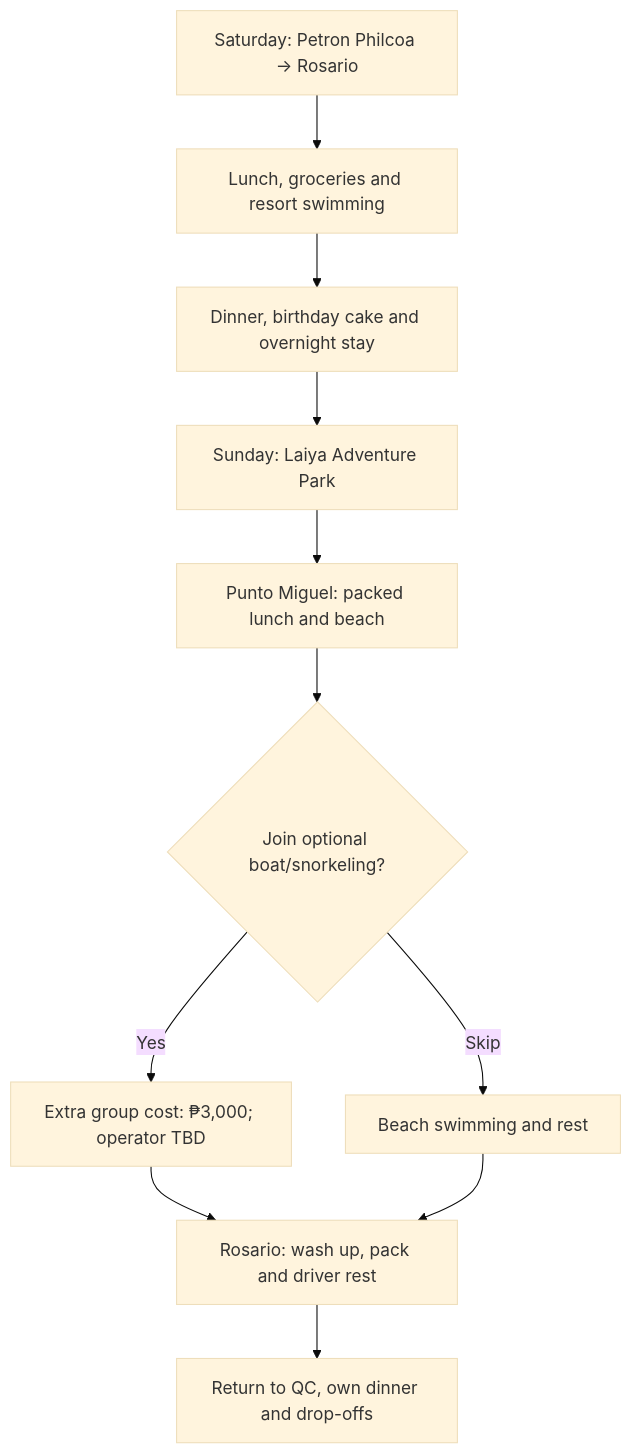
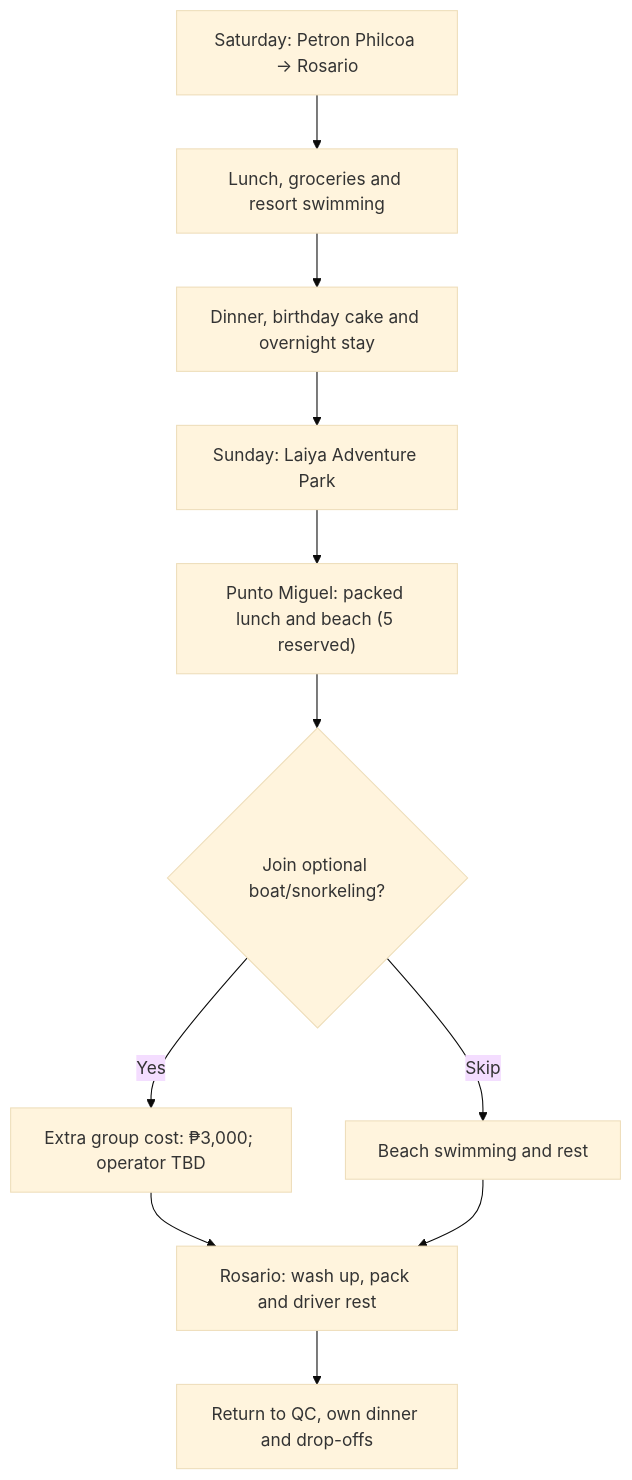
One commit to itsmcliam/Birthday-Plan changed the diagram in assets/trip-flow.mmd. Above: the diagram before and after it, drawn with Mermaid (base theme). The commit also changed 4 other files, not shown here.

Commit message:
Record Punto Miguel day-tour reservation for five without payment details

```diff
--- a/assets/trip-flow.mmd
+++ b/assets/trip-flow.mmd
@@ -1,11 +1,11 @@
 flowchart TD
     A["Saturday: Petron Philcoa → Rosario"] --> B["Lunch, groceries and resort swimming"]
     B --> C["Dinner, birthday cake and overnight stay"]
     C --> D["Sunday: Laiya Adventure Park"]
-    D --> E["Punto Miguel: packed lunch and beach"]
+    D --> E["Punto Miguel: packed lunch and beach (5 reserved)"]
     E --> F{"Join optional boat/snorkeling?"}
     F -->|Yes| G["Extra group cost: ₱3,000; operator TBD"]
     F -->|Skip| H["Beach swimming and rest"]
     G --> I["Rosario: wash up, pack and driver rest"]
     H --> I
     I --> J["Return to QC, own dinner and drop-offs"]
```
